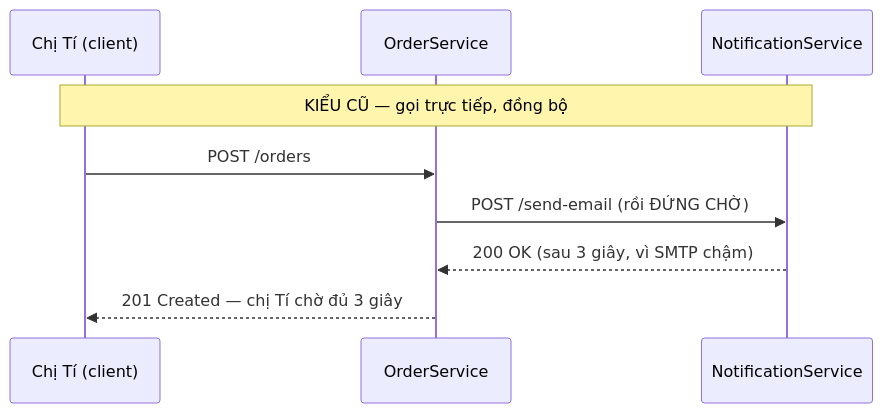
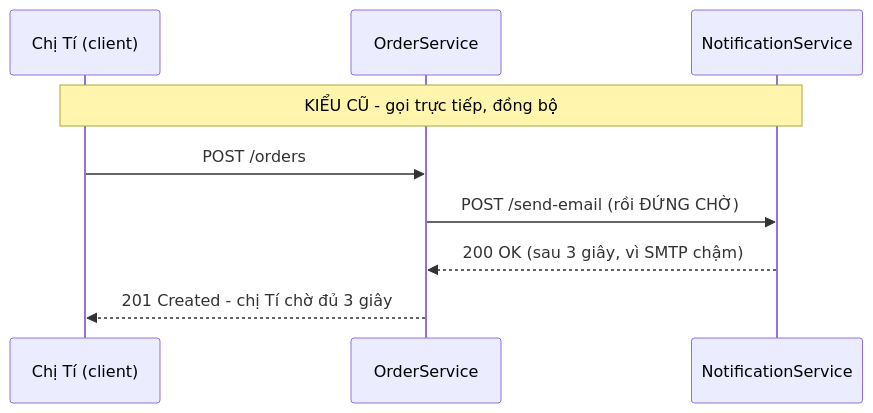
One commit to hieplam/memo changed the first of 4 diagrams in src/content/posts/event-driven-part-0-foundations-vi.md. Above: the diagram before and after it, drawn with Mermaid. The commit also changed other lines of this file and 131 other files, not shown here.

````diff
--- a/src/content/posts/event-driven-part-0-foundations-vi.md
+++ b/src/content/posts/event-driven-part-0-foundations-vi.md
@@ -31,11 +31,11 @@
 ```mermaid
 sequenceDiagram
   participant T as Chị Tí (client)
   participant O as OrderService
   participant N as NotificationService
-  Note over T,N: KIỂU CŨ — gọi trực tiếp, đồng bộ
+  Note over T,N: KIỂU CŨ - gọi trực tiếp, đồng bộ
   T->>O: POST /orders
   O->>N: POST /send-email (rồi ĐỨNG CHỜ)
   N-->>O: 200 OK (sau 3 giây, vì SMTP chậm)
-  O-->>T: 201 Created — chị Tí chờ đủ 3 giây
+  O-->>T: 201 Created - chị Tí chờ đủ 3 giây
 ```
````
